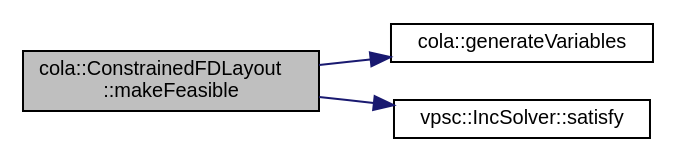
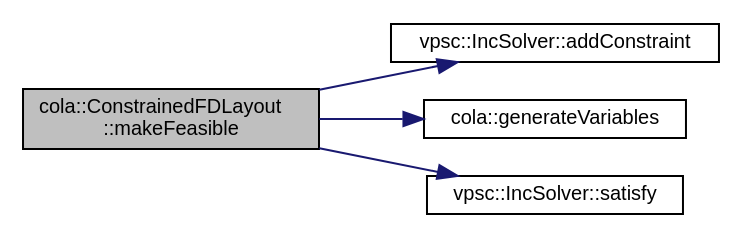
The diagram in documentation/classcola_1_1ConstrainedFDLayout_a66697e8a428b0d1ecd8d5e042ee7072f_cgraph.dot (mjwybrow/adaptagrams), drawn with Graphviz before and after one commit. The commit also changed 1047 other files, not shown here.

```diff
--- a/documentation/classcola_1_1ConstrainedFDLayout_a66697e8a428b0d1ecd8d5e042ee7072f_cgraph.dot
+++ b/documentation/classcola_1_1ConstrainedFDLayout_a66697e8a428b0d1ecd8d5e042ee7072f_cgraph.dot
@@ -1,11 +1,13 @@
 digraph "cola::ConstrainedFDLayout::makeFeasible"
 {
   edge [fontname="Helvetica",fontsize="10",labelfontname="Helvetica",labelfontsize="10"];
   node [fontname="Helvetica",fontsize="10",shape=record];
   rankdir="LR";
-  Node1 [label="cola::ConstrainedFDLayout\l::makeFeasible",height=0.2,width=0.4,color="black", fillcolor="grey75", style="filled" fontcolor="black"];
+  Node1 [label="cola::ConstrainedFDLayout\l::makeFeasible",height=0.2,width=0.4,color="black", fillcolor="grey75", style="filled", fontcolor="black"];
   Node1 -> Node2 [color="midnightblue",fontsize="10",style="solid",fontname="Helvetica"];
-  Node2 [label="cola::generateVariables",height=0.2,width=0.4,color="black", fillcolor="white", style="filled",URL="$namespacecola.html#a8ce8e00454f0368e0a145ae5ee9b785d",tooltip="Generate just all the variables for a collection of CompoundConstraints."];
+  Node2 [label="vpsc::IncSolver::addConstraint",height=0.2,width=0.4,color="black", fillcolor="white", style="filled",URL="$classvpsc_1_1IncSolver.html#a2fbb3f66b478a7d9078d753dc1b4605b",tooltip="Adds a constraint to the existing VPSC solver. "];
   Node1 -> Node3 [color="midnightblue",fontsize="10",style="solid",fontname="Helvetica"];
-  Node3 [label="vpsc::IncSolver::satisfy",height=0.2,width=0.4,color="black", fillcolor="white", style="filled",URL="$classvpsc_1_1IncSolver.html#ae0514b075bdc0329bde9539d7132c343",tooltip="Results in an approximate solution subject to the constraints."];
+  Node3 [label="cola::generateVariables",height=0.2,width=0.4,color="black", fillcolor="white", style="filled",URL="$namespacecola.html#a8ce8e00454f0368e0a145ae5ee9b785d",tooltip="Generate just all the variables for a collection of CompoundConstraints. "];
+  Node1 -> Node4 [color="midnightblue",fontsize="10",style="solid",fontname="Helvetica"];
+  Node4 [label="vpsc::IncSolver::satisfy",height=0.2,width=0.4,color="black", fillcolor="white", style="filled",URL="$classvpsc_1_1IncSolver.html#ae0514b075bdc0329bde9539d7132c343",tooltip="Results in an approximate solution subject to the constraints. "];
 }
```
